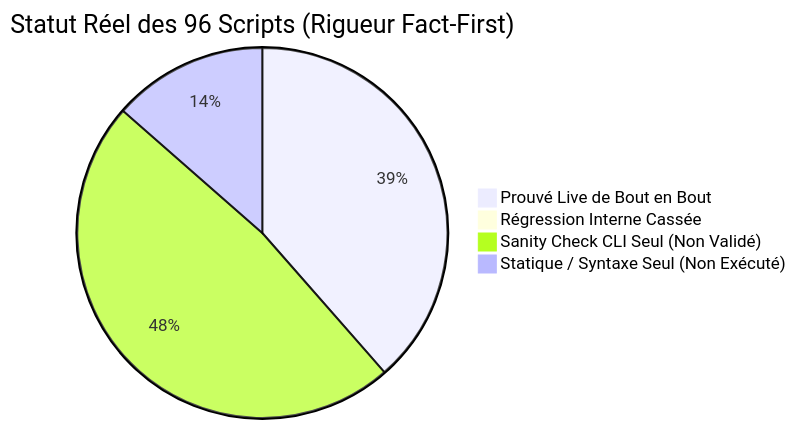
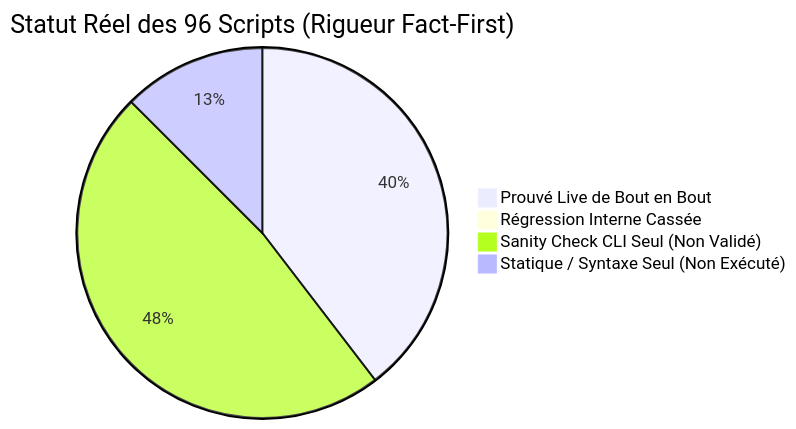
The diagram in docs/reference/2026-11-10-audit-exhaustif-scripts-regressions.md (yoyonel/pydbsrt), drawn with Mermaid before and after one commit. The commit also changed other lines of this file and 2 other files, not shown here.

````diff
--- a/docs/reference/2026-11-10-audit-exhaustif-scripts-regressions.md
+++ b/docs/reference/2026-11-10-audit-exhaustif-scripts-regressions.md
@@ -16,7 +16,7 @@
 ```mermaid
 pie title Statut Réel des 96 Scripts (Rigueur Fact-First)
-    "Prouvé Live de Bout en Bout" : 37
+    "Prouvé Live de Bout en Bout" : 38
     "Régression Interne Cassée" : 0
     "Sanity Check CLI Seul (Non Validé)" : 46
-    "Statique / Syntaxe Seul (Non Exécuté)" : 13
+    "Statique / Syntaxe Seul (Non Exécuté)" : 12
 ```
````
